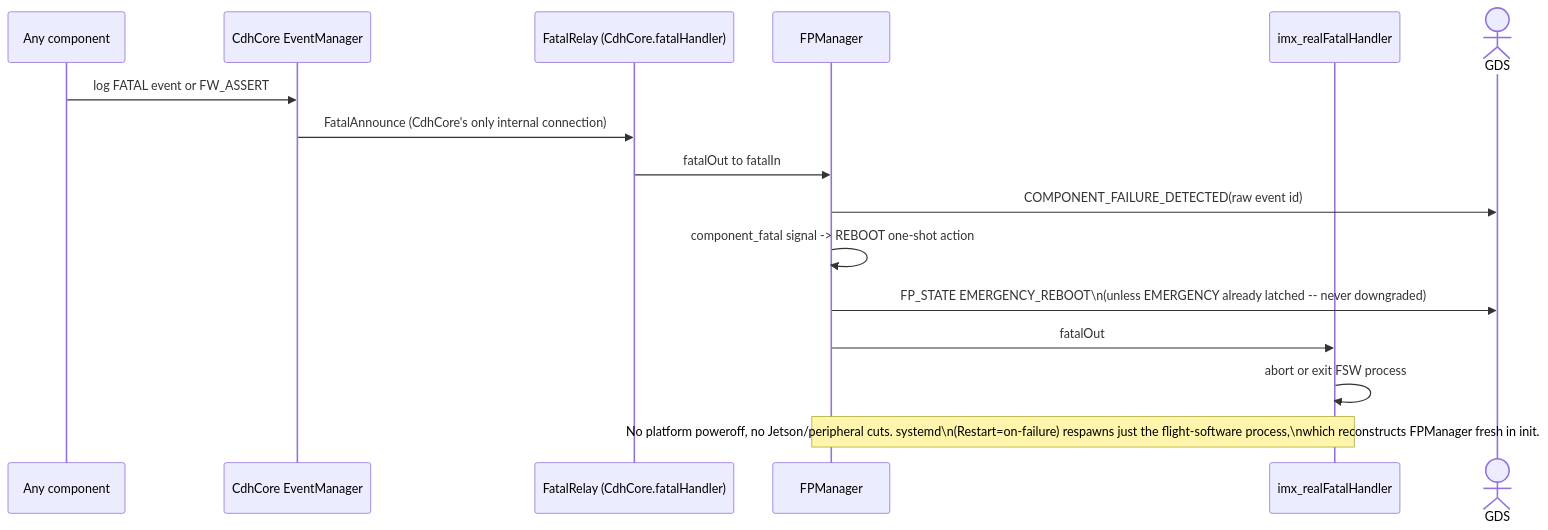
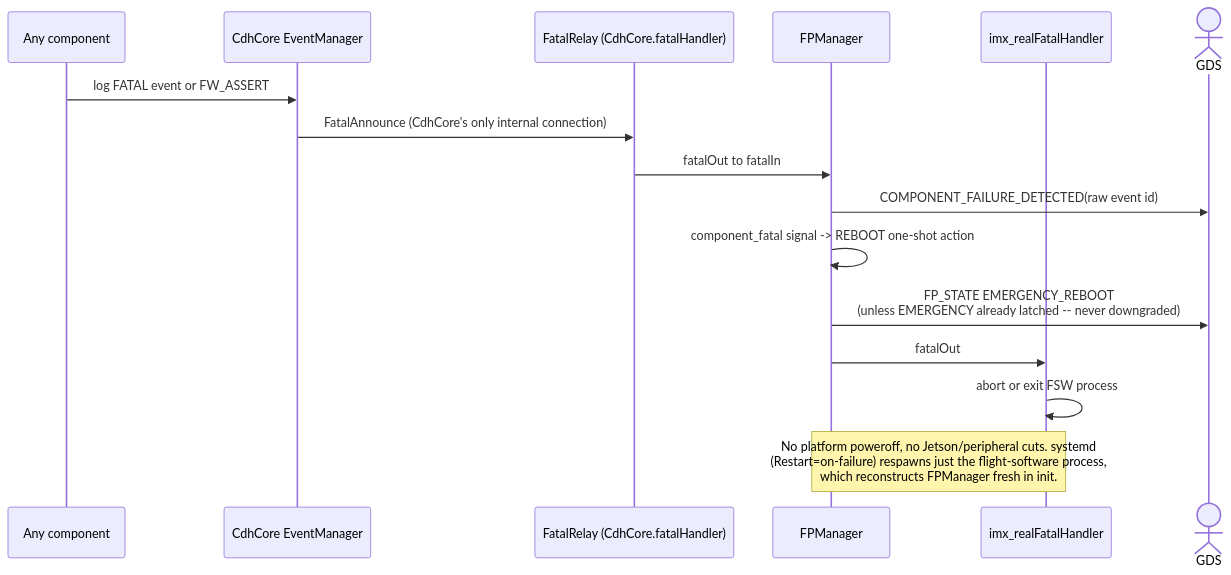
One commit to BroncoSpace-Lab/fprime-scales changed the seventh of 8 diagrams in scales/scalesSvc/FPManager/docs/sdd.md. Above: the diagram before and after it, drawn with Mermaid. The commit also changed other lines of this file and 68 other files, not shown here.

````diff
--- a/scales/scalesSvc/FPManager/docs/sdd.md
+++ b/scales/scalesSvc/FPManager/docs/sdd.md
@@ -671,19 +738,19 @@
 ```mermaid
 sequenceDiagram
     participant Source as Any component
     participant Events as CdhCore EventManager
     participant Relay as FatalRelay (CdhCore.fatalHandler)
     participant FPM as FPManager
     participant FH as imx_realFatalHandler
     actor GDS as GDS
 
     Source->>Events: log FATAL event or FW_ASSERT
     Events->>Relay: FatalAnnounce (CdhCore's only internal connection)
     Relay->>FPM: fatalOut to fatalIn
     FPM->>GDS: COMPONENT_FAILURE_DETECTED(raw event id)
     FPM->>FPM: component_fatal signal -> REBOOT one-shot action
-    FPM->>GDS: FP_STATE EMERGENCY_REBOOT\n(unless EMERGENCY already latched -- never downgraded)
+    FPM->>GDS: FP_STATE EMERGENCY_REBOOT<br/>(unless EMERGENCY already latched -- never downgraded)
     FPM->>FH: fatalOut
     FH->>FH: abort or exit FSW process
-    Note over FPM,FH: No platform poweroff, no Jetson/peripheral cuts. systemd\n(Restart=on-failure) respawns just the flight-software process,\nwhich reconstructs FPManager fresh in init.
+    Note over FPM,FH: No platform poweroff, no Jetson/peripheral cuts. systemd<br/>(Restart=on-failure) respawns just the flight-software process,<br/>which reconstructs FPManager fresh in init.
 ```
````
